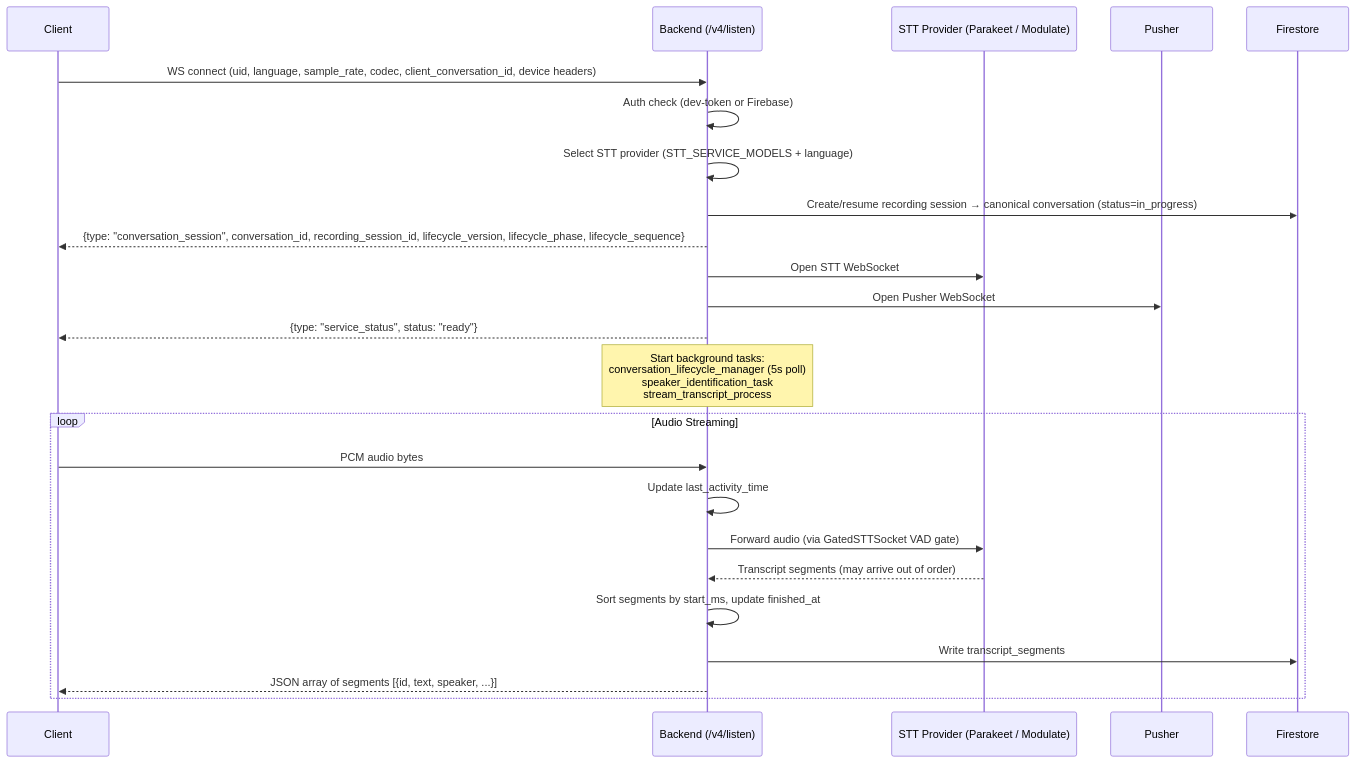
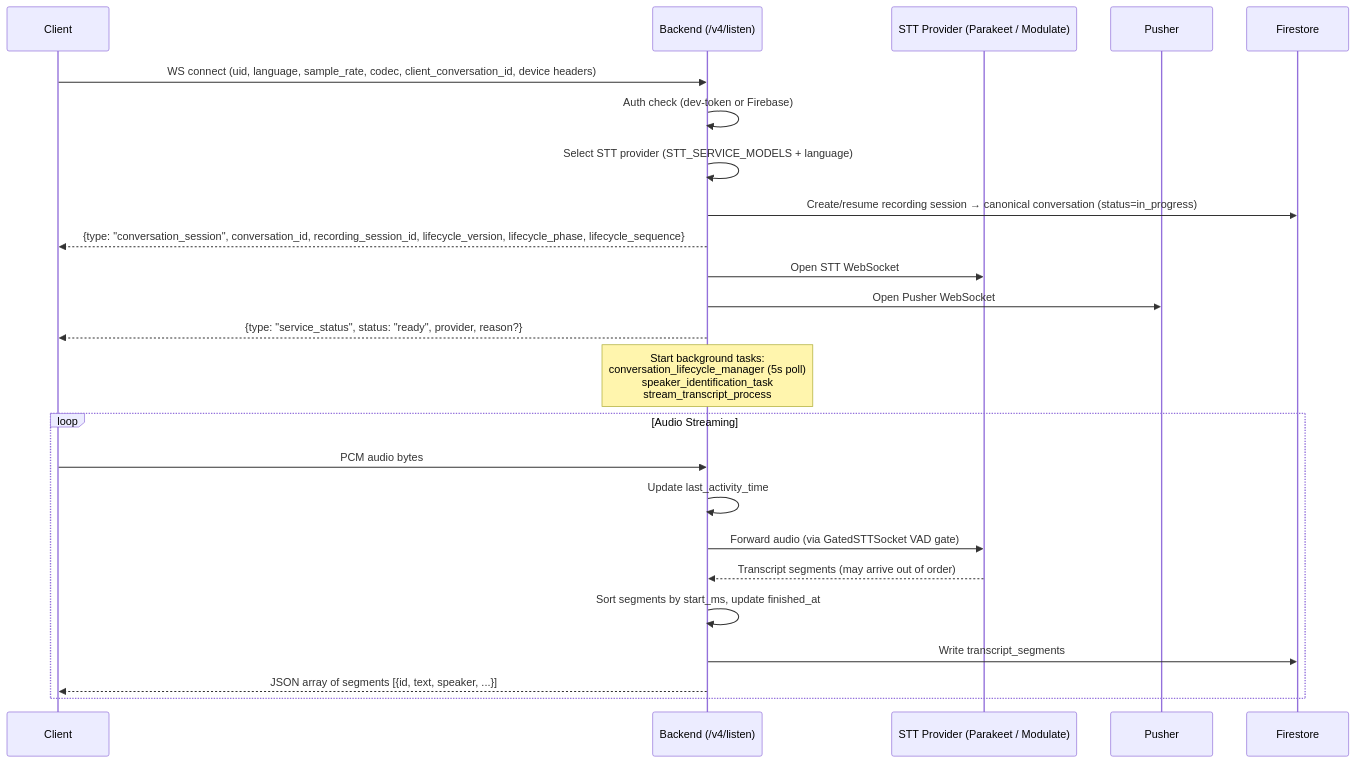
The first of 8 diagrams in docs/doc/developer/backend/listen_pusher_pipeline.mdx (BasedHardware/omi), drawn with Mermaid before and after one commit. The commit also changed other lines of this file and 3 other files, not shown here.

````diff
--- a/docs/doc/developer/backend/listen_pusher_pipeline.mdx
+++ b/docs/doc/developer/backend/listen_pusher_pipeline.mdx
@@ -127,29 +127,29 @@
 ```mermaid
 sequenceDiagram
     participant Client
     participant Backend as Backend (/v4/listen)
     participant STT as STT Provider (Parakeet / Modulate)
     participant Pusher
     participant Firestore
 
     Client->>Backend: WS connect (uid, language, sample_rate, codec, client_conversation_id, device headers)
     Backend->>Backend: Auth check (dev-token or Firebase)
     Backend->>Backend: Select STT provider (STT_SERVICE_MODELS + language)
     Backend->>Firestore: Create/resume recording session → canonical conversation (status=in_progress)
     Backend-->>Client: {type: "conversation_session", conversation_id, recording_session_id, lifecycle_version, lifecycle_phase, lifecycle_sequence}
     Backend->>STT: Open STT WebSocket
     Backend->>Pusher: Open Pusher WebSocket
-    Backend-->>Client: {type: "service_status", status: "ready"}
+    Backend-->>Client: {type: "service_status", status: "ready", provider, reason?}
 
     Note over Backend: Start background tasks:<br/>conversation_lifecycle_manager (5s poll)<br/>speaker_identification_task<br/>stream_transcript_process
 
     loop Audio Streaming
         Client->>Backend: PCM audio bytes
         Backend->>Backend: Update last_activity_time
         Backend->>STT: Forward audio (via GatedSTTSocket VAD gate)
         STT-->>Backend: Transcript segments (may arrive out of order)
         Backend->>Backend: Sort segments by start_ms, update finished_at
         Backend->>Firestore: Write transcript_segments
         Backend-->>Client: JSON array of segments [{id, text, speaker, ...}]
     end
 ```
````
